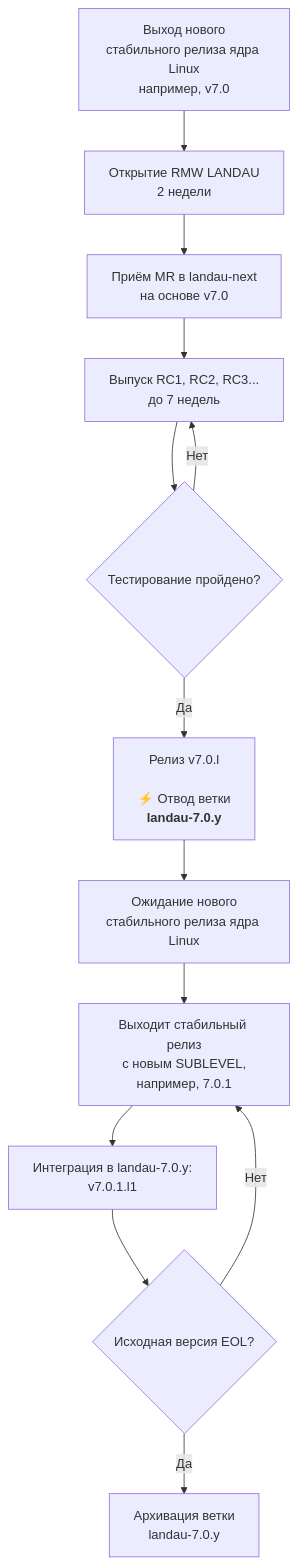
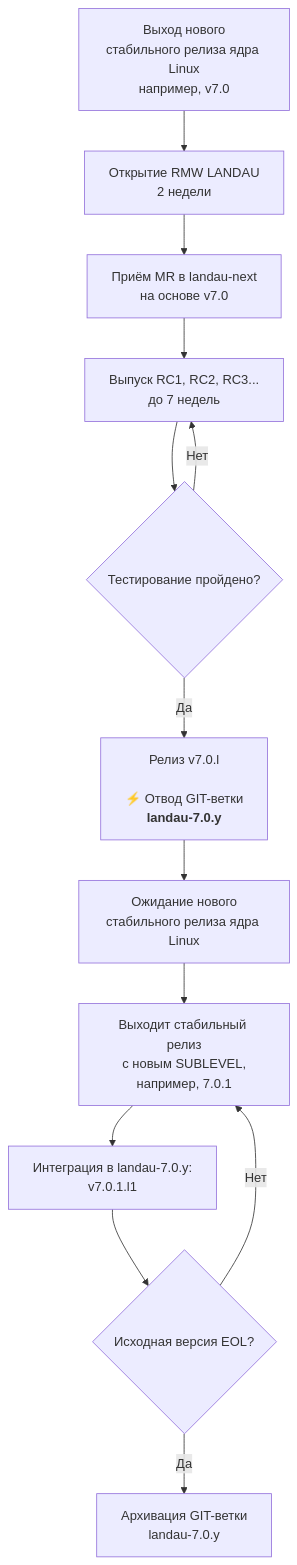
Before and after one commit to rulkc/landau: the third of 3 diagrams in landau-linux/maintenance.md, drawn with Mermaid. The commit also changed other lines of this file, not shown here.

First line of the commit message:
landau-linux: maintenance: Clarify the branch/repo words usage

````diff
--- a/landau-linux/maintenance.md
+++ b/landau-linux/maintenance.md
@@ -273,15 +272,15 @@
 ```mermaid
 flowchart TD
     A[Выход нового<br>стабильного релиза ядра Linux<br>например, v7.0] --> B[Открытие RMW LANDAU<br>2 недели]
     B --> C[Приём MR в landau-next<br>на основе v7.0]
     C --> D[Выпуск RC1, RC2, RC3...<br>до 7 недель]
     D --> E{Тестирование пройдено?}
     E -->|Нет| D
-    E -->|Да| F[Релиз v7.0.l<br><br>⚡ Отвод ветки<br><b>landau-7.0.y</b>]
+    E -->|Да| F[Релиз v7.0.l<br><br>⚡ Отвод GIT-ветки<br><b>landau-7.0.y</b>]
     F --> G[Ожидание нового<br>стабильного релиза ядра Linux]
     G --> H[Выходит стабильный релиз<br>с новым SUBLEVEL,<br>например, 7.0.1]
     H --> I[Интеграция в landau-7.0.y:<br>v7.0.1.l1]
     I --> J{Исходная версия EOL?}
     J -->|Нет| H
-    J -->|Да| K[Архивация ветки<br>landau-7.0.y]
+    J -->|Да| K[Архивация GIT-ветки<br>landau-7.0.y]
 ```
````
